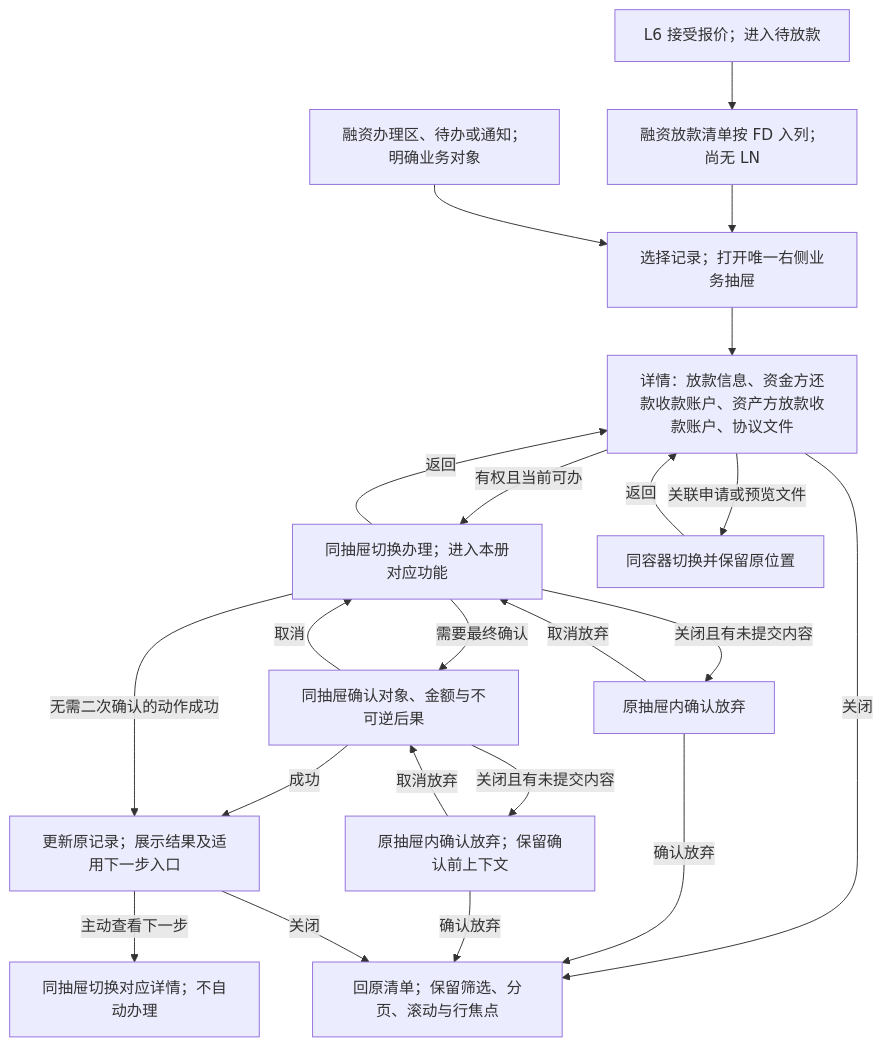
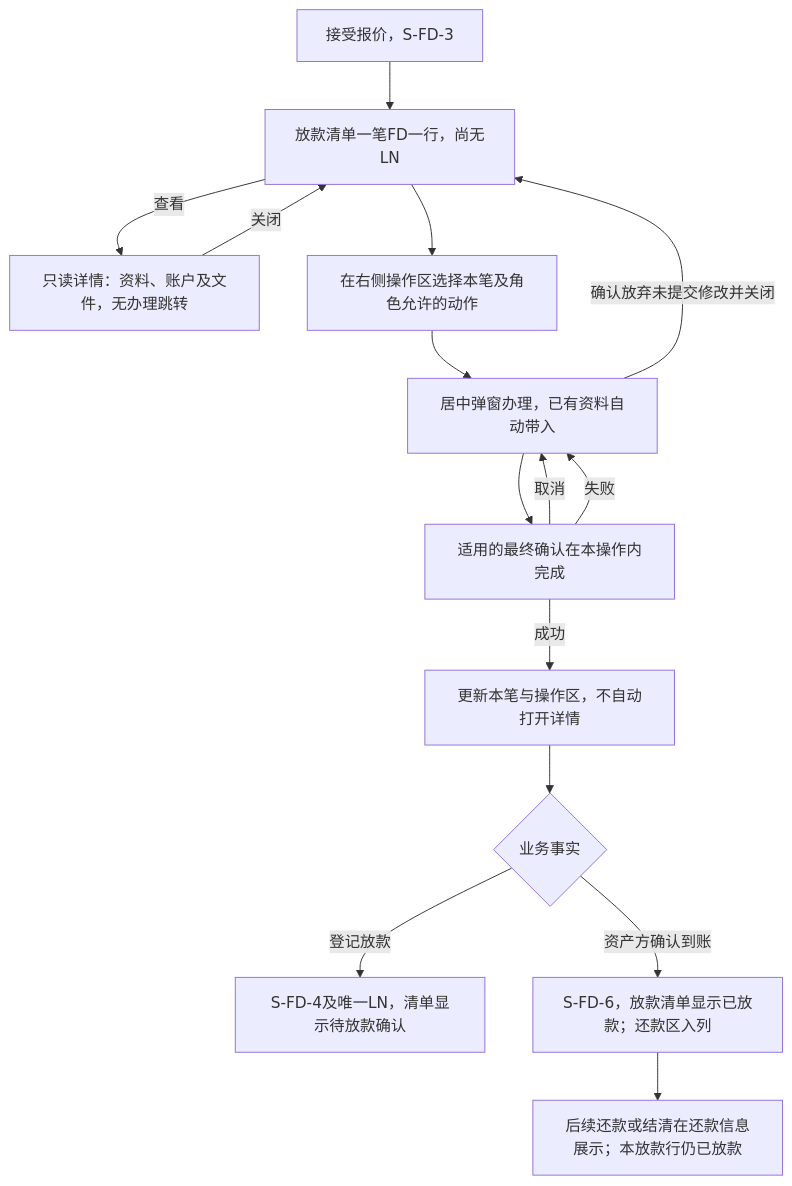
The first of 6 diagrams in lending-platform/PRD/v1.0-借贷广场-放款与放款确认/v1.0-借贷广场-放款与放款确认-流程图与状态机.md (wxblockchain/Chain-Financing), drawn with Mermaid before and after one commit. The commit also changed other lines of this file and 2 other files, not shown here.

````diff
--- a/lending-platform/PRD/v1.0-借贷广场-放款与放款确认/v1.0-借贷广场-放款与放款确认-流程图与状态机.md
+++ b/lending-platform/PRD/v1.0-借贷广场-放款与放款确认/v1.0-借贷广场-放款与放款确认-流程图与状态机.md
@@ -21,24 +21,17 @@
 ```mermaid
 flowchart TD
-  A[L6 接受报价；进入待放款] --> B[融资放款清单按 FD 入列；尚无 LN]
-  B --> C[选择记录；打开唯一右侧业务抽屉]
-  D[融资办理区、待办或通知；明确业务对象] --> C
-  C --> E[详情：放款信息、资金方还款收款账户、资产方放款收款账户、协议文件]
-  E -->|有权且当前可办| F[同抽屉切换办理；进入本册对应功能]
-  F -->|需要最终确认| G[同抽屉确认对象、金额与不可逆后果]
-  G -->|取消| F
-  F -->|返回| E
-  G -->|成功| H[更新原记录；展示结果及适用下一步入口]
-  F -->|无需二次确认的动作成功| H
-  H -->|主动查看下一步| I[同抽屉切换对应详情；不自动办理]
-  E -->|关联申请或预览文件| J[同容器切换并保留原位置]
-  J -->|返回| E
-  E -->|关闭| K[回原清单；保留筛选、分页、滚动与行焦点]
-  F -->|关闭且有未提交内容| L[原抽屉内确认放弃]
-  L -->|取消放弃| F
-  L -->|确认放弃| K
-  G -->|关闭且有未提交内容| M[原抽屉内确认放弃；保留确认前上下文]
-  M -->|取消放弃| G
-  M -->|确认放弃| K
-  H -->|关闭| K
+  A[接受报价，S-FD-3] --> B[放款清单一笔FD一行，尚无LN]
+  B -->|查看| C[只读详情：资料、账户及文件，无办理跳转]
+  C -->|关闭| B
+  B --> D[在右侧操作区选择本笔及角色允许的动作]
+  D --> E[居中弹窗办理，已有资料自动带入]
+  E --> F[适用的最终确认在本操作内完成]
+  F -->|取消| E
+  F -->|失败| E
+  F -->|成功| G[更新本笔与操作区，不自动打开详情]
+  G --> H{业务事实}
+  H -->|登记放款| I[S-FD-4及唯一LN，清单显示待放款确认]
+  H -->|资产方确认到账| J[S-FD-6，放款清单显示已放款；还款区入列]
+  J --> K[后续还款或结清在还款信息展示；本放款行仍已放款]
+  E -->|确认放弃未提交修改并关闭| B
 ```
````
